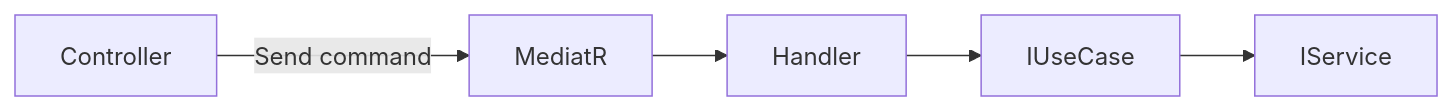
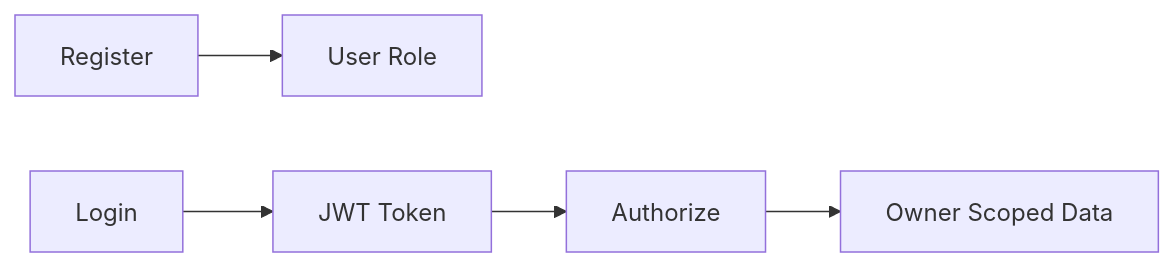
The fourth of 6 diagrams in README.md (ahmed-aliii/ElectroPi-Assessment-Task), drawn with Mermaid before and after one commit. The commit also changed other lines of this file, not shown here.

````diff
--- a/README.md
+++ b/README.md
@@ -194,7 +221,7 @@
 ```mermaid
-flowchart LR
-    controllerNode[Controller] -->|"Send command"| mediatorNode[MediatR]
-    mediatorNode --> handlerNode[Handler]
-    handlerNode --> useCaseNode[IUseCase]
-    useCaseNode --> serviceNode[IService]
+graph LR
+    A[Register] --> B[User Role]
+    C[Login] --> D[JWT Token]
+    D --> E[Authorize]
+    E --> F[Owner Scoped Data]
 ```
````
